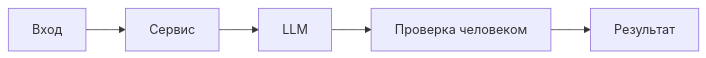
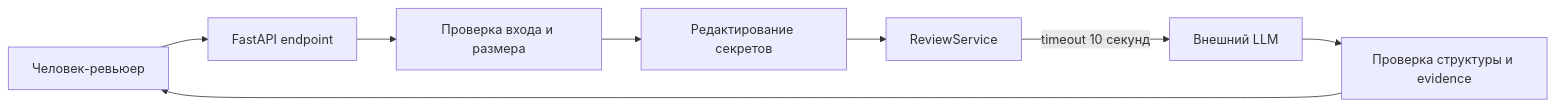
The diagram in practices/practice_01/adr.md (ai-course-avito/ITMOv2), drawn with Mermaid before and after one commit. The commit also changed other lines of this file and 10 other files, not shown here.

````diff
--- a/practices/practice_01/adr.md
+++ b/practices/practice_01/adr.md
@@ -30,7 +34,10 @@
 ```mermaid
 flowchart LR
-    Input[Вход] --> Service[Сервис]
-    Service --> AI[LLM]
-    AI --> Check[Проверка человеком]
-    Check --> Result[Результат]
+    Reviewer[Человек-ревьюер] --> API[FastAPI endpoint]
+    API --> Validate[Проверка входа и размера]
+    Validate --> Redact[Редактирование секретов]
+    Redact --> Service[ReviewService]
+    Service -->|timeout 10 секунд| LLM[Внешний LLM]
+    LLM --> Check[Проверка структуры и evidence]
+    Check --> Reviewer
 ```
````
